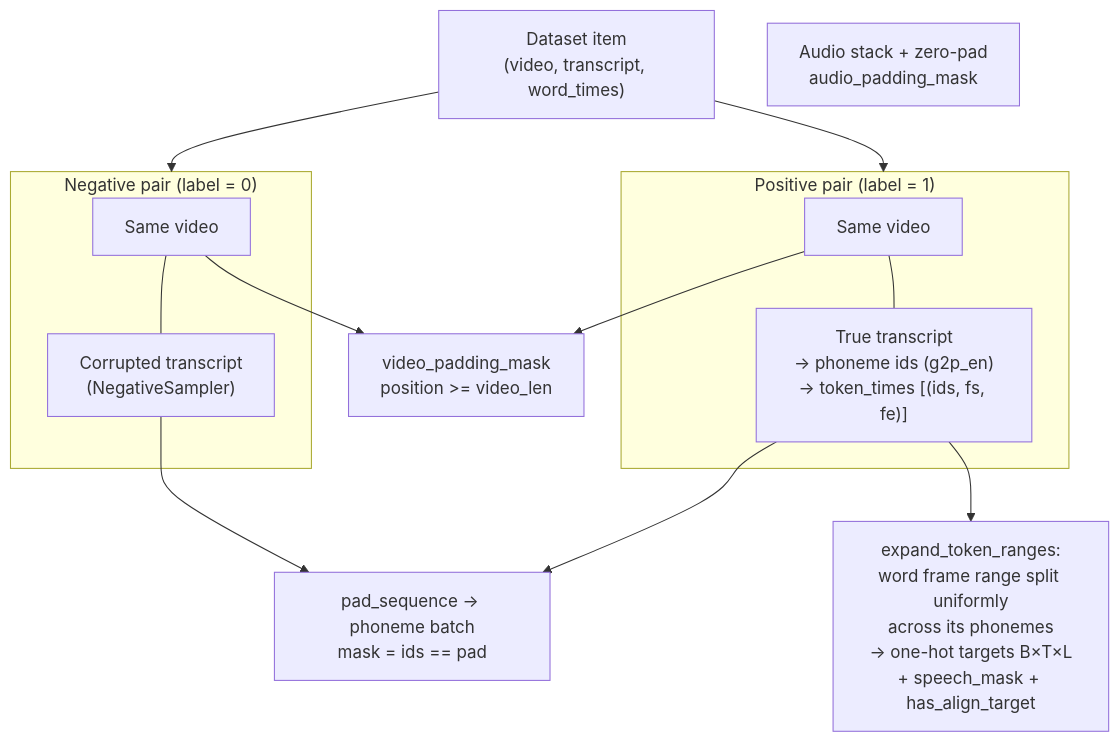
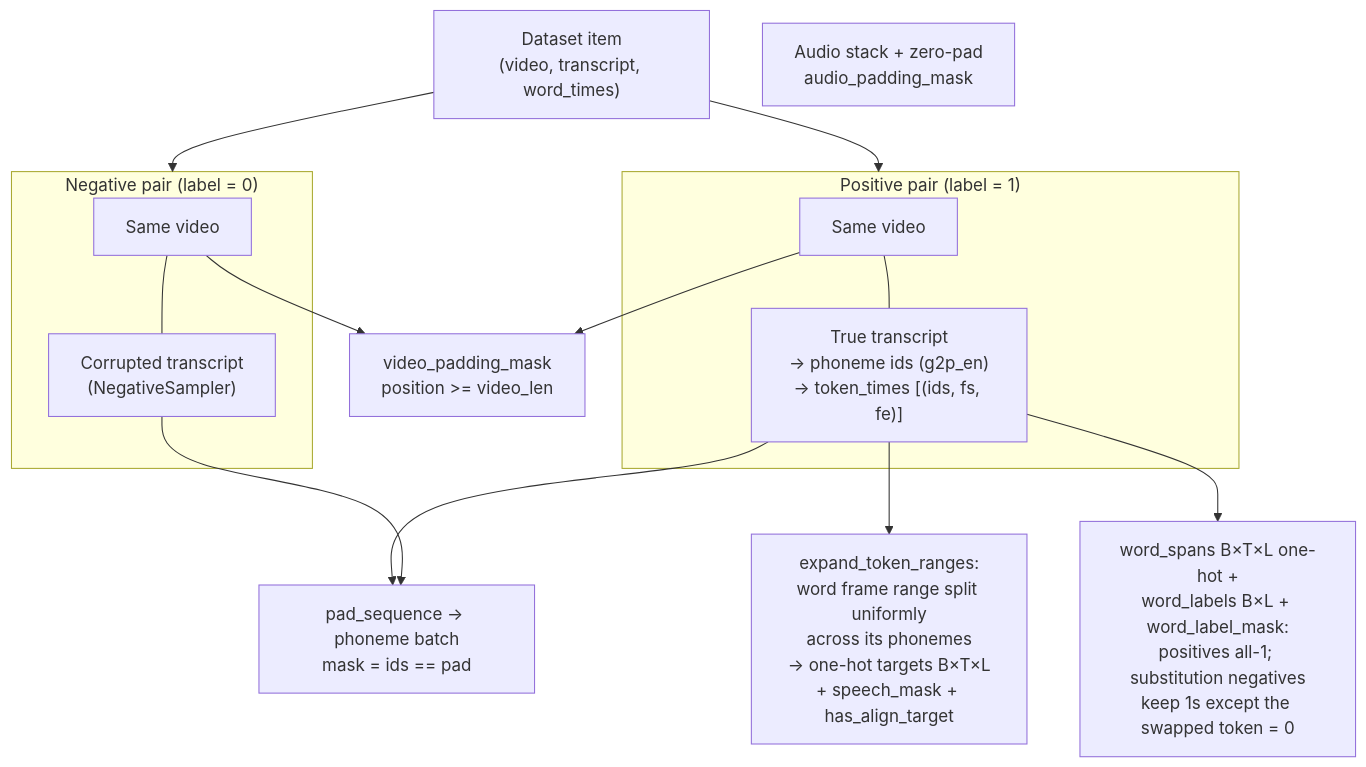
One commit to turinaf/liptev changed the fourth of 7 diagrams in architecture.md. Above: the diagram before and after it, drawn with Mermaid. The commit also changed other lines of this file and 1 other file, not shown here.

Commit message:
docs: VFA heads architecture and inference JSON usage

````diff
--- a/architecture.md
+++ b/architecture.md
@@ -158,16 +161,17 @@
 ```mermaid
 flowchart TB
     ITEM["Dataset item<br/>(video, transcript, word_times)"]
     subgraph POS["Positive pair (label = 1)"]
         PV["Same video"] --- PT["True transcript<br/>→ phoneme ids (g2p_en)<br/>→ token_times [(ids, fs, fe)]"]
     end
     subgraph NEG["Negative pair (label = 0)"]
         NV["Same video"] --- NT["Corrupted transcript<br/>(NegativeSampler)"]
     end
     ITEM --> POS & NEG
     PT --> PAD["pad_sequence → phoneme batch<br/>mask = ids == pad"]
     NT --> PAD
     PV & NV --> VMASK["video_padding_mask<br/>position >= video_len"]
     AU["Audio stack + zero-pad<br/>audio_padding_mask"] 
     PT --> AT["expand_token_ranges:<br/>word frame range split uniformly<br/>across its phonemes<br/>→ one-hot targets B×T×L<br/>+ speech_mask + has_align_target"]
+    PT --> WT["word_spans B×T×L one-hot +<br/>word_labels B×L + word_label_mask:<br/>positives all-1; substitution negatives<br/>keep 1s except the swapped token = 0"]
 ```
````
